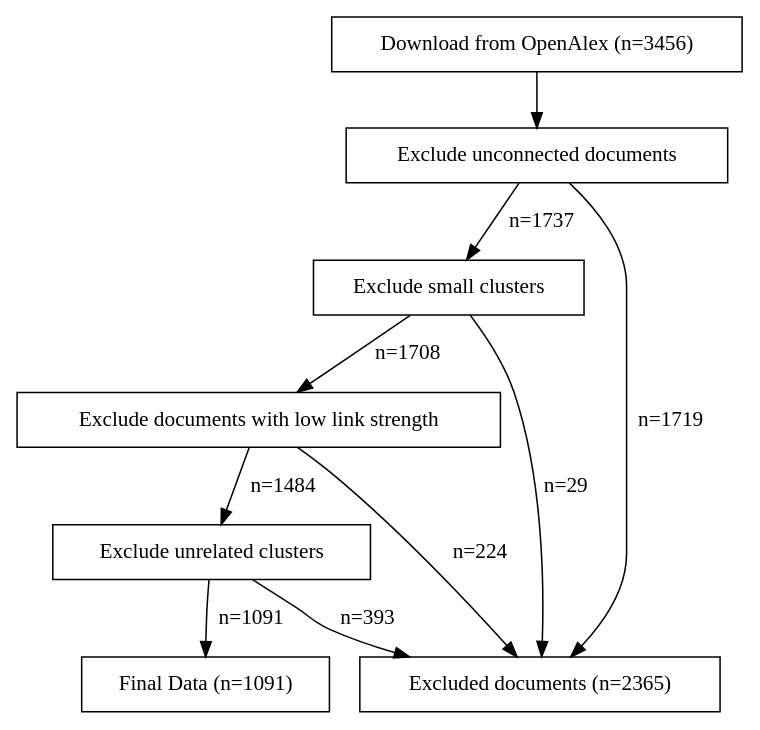
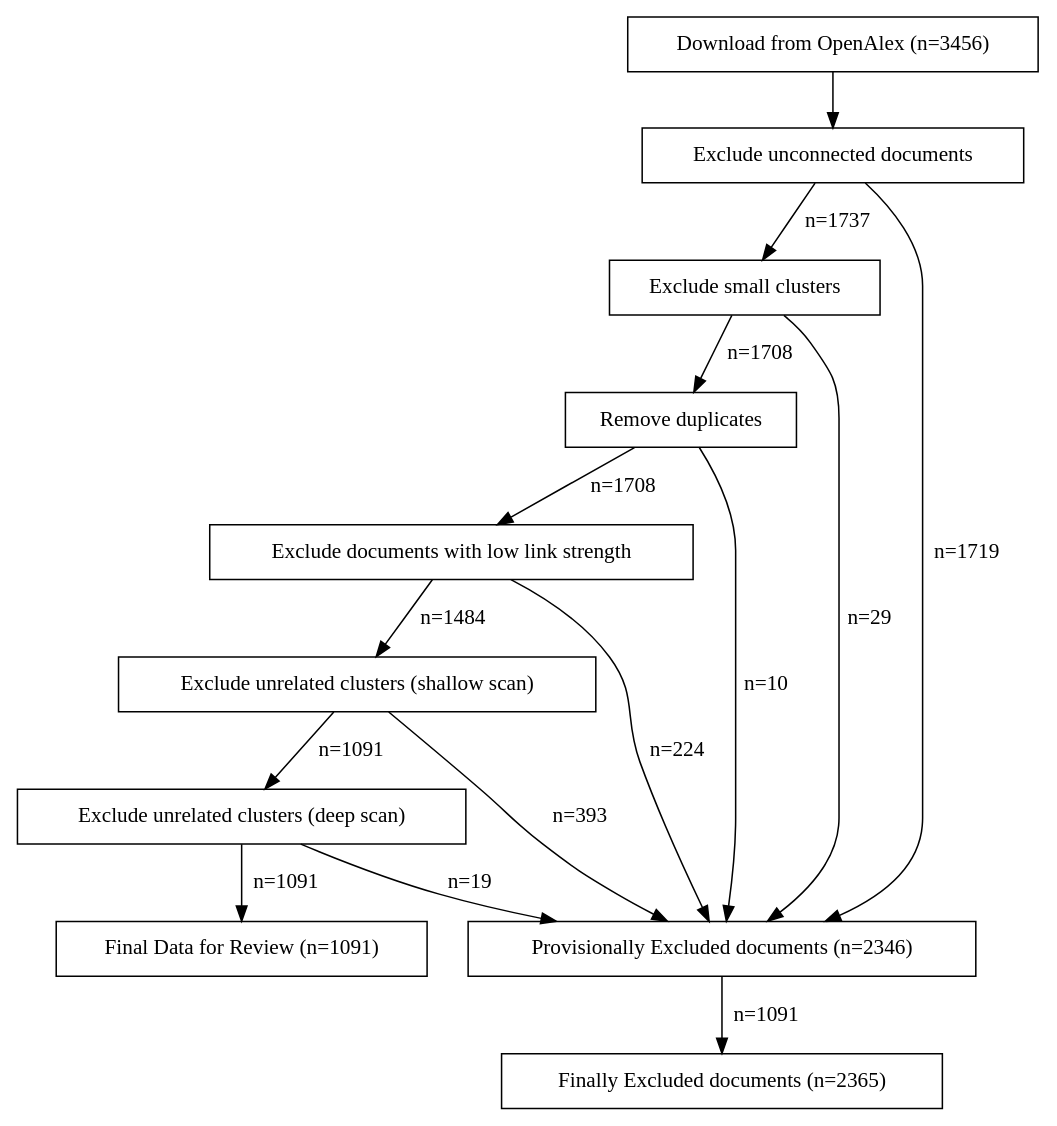
The diagram in docs/flowchart.dot (florianjehn/bibliometrics), drawn with Graphviz before and after one commit.

Commit message:
updating flow chart

```diff
--- a/docs/flowchart.dot
+++ b/docs/flowchart.dot
@@ -1,26 +1,33 @@
 digraph G {
     node [shape=box];
 
     load_data [label="Download from OpenAlex (n=3456)"];
     filter_unconnected_documents [label="Exclude unconnected documents"];
     filter_clusters [label="Exclude small clusters"];
+    remove_duplicates [label="Remove duplicates"];
     filter_low_links [label="Exclude documents with low link strength"];
-    filter_unrelated_clusters [label="Exclude unrelated clusters"];
-    excluded_documents [label="Excluded documents (n=2365)"];
-    final_data [label="Final Data (n=1091)"];
+    filter_unrelated_clusters [label="Exclude unrelated clusters (shallow scan)"];
+    filter_unrelated_clusters_deep [label="Exclude unrelated clusters (deep scan)"];
+    excluded_documents [label="Provisionally Excluded documents (n=2346)"];
+    final_excluded_documents [label="Finally Excluded documents (n=2365)"];
+    final_data [label="Final Data for Review (n=1091)"];
 
 
     load_data -> filter_unconnected_documents;
     filter_unconnected_documents -> filter_clusters [label="n=1737"];
     filter_unconnected_documents -> excluded_documents [label="n=1719"];
-    filter_clusters -> filter_low_links [label="n=1708"];
+    filter_clusters -> remove_duplicates [label="n=1708"];
+    remove_duplicates -> filter_low_links [label="n=1708"];
+    remove_duplicates -> excluded_documents [label="n=10"];
     filter_low_links -> excluded_documents [label="n=224"];
-    filter_unrelated_clusters -> final_data [label="n=1091"];
     filter_low_links -> filter_unrelated_clusters [label="n=1484"];
     filter_unrelated_clusters -> excluded_documents [label="n=393"];
+    filter_unrelated_clusters -> filter_unrelated_clusters_deep [label="n=1091"];
+    filter_unrelated_clusters_deep -> excluded_documents [label="n=19"];
+    filter_unrelated_clusters_deep -> final_data [label="n=1091"];
     filter_clusters -> excluded_documents [label="n=29"];
-
+    excluded_documents -> final_excluded_documents [label="n=1091"];
 
 
     
 }
```
